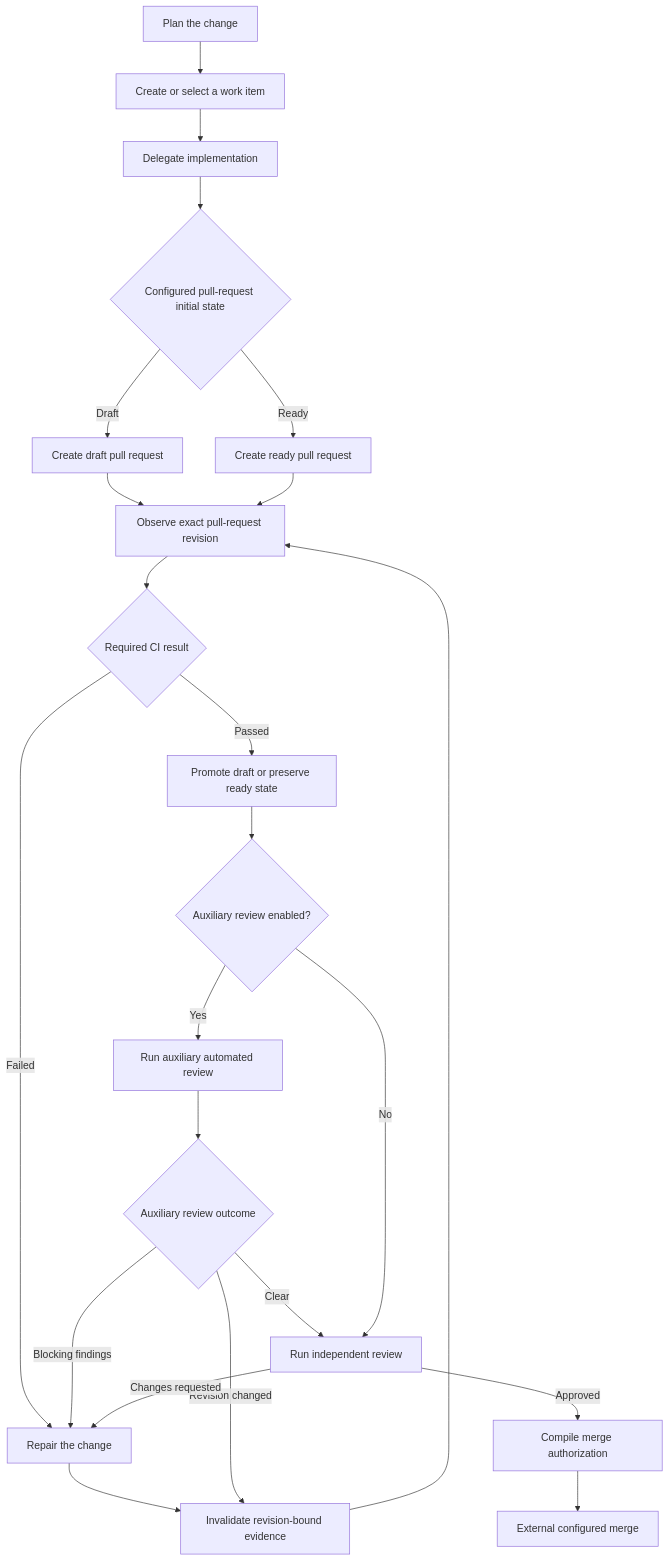
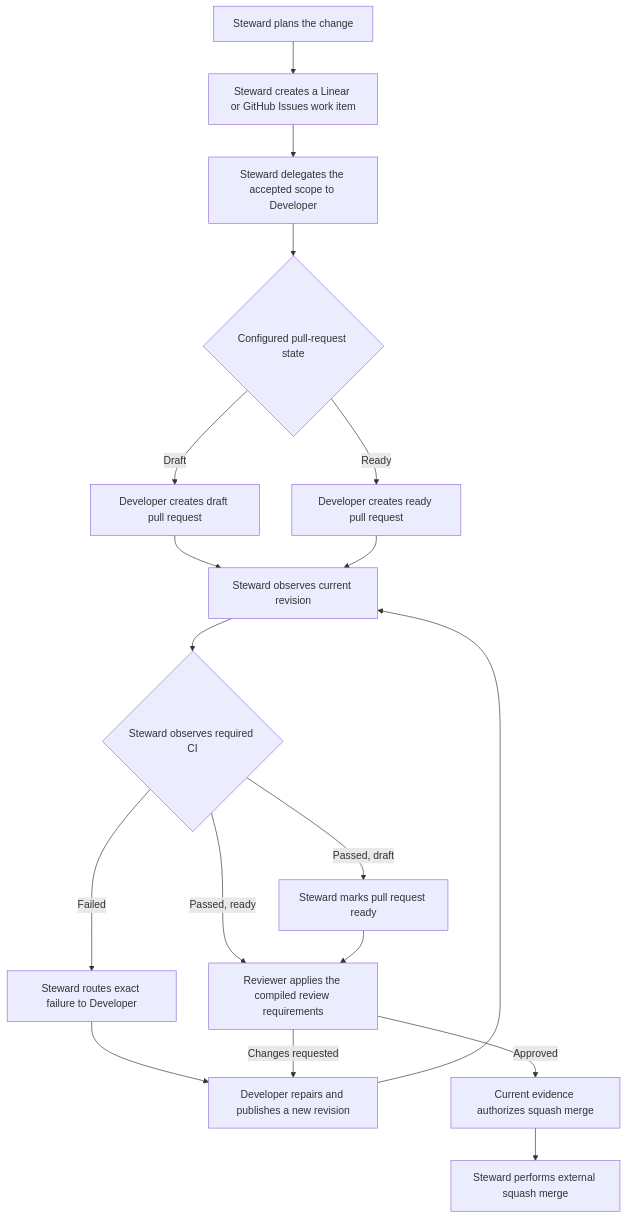
Before and after one commit to lorekkusu/agentdevflow: the diagram in docs/development/issue-to-reviewed-pull-request.md, drawn with Mermaid. The commit also changed other lines of this file and 208 other files, not shown here.

````diff
--- a/docs/development/issue-to-reviewed-pull-request.md
+++ b/docs/development/issue-to-reviewed-pull-request.md
@@ -21,25 +31,20 @@
 ```mermaid
 flowchart TD
-    Plan["Plan the change"] --> WorkItem["Create or select a work item"]
-    WorkItem --> Delegate["Delegate implementation"]
-    Delegate --> InitialState{"Configured pull-request initial state"}
-    InitialState -->|Draft| DraftPr["Create draft pull request"]
-    InitialState -->|Ready| ReadyPr["Create ready pull request"]
-    DraftPr --> Observe["Observe exact pull-request revision"]
-    ReadyPr --> Observe
-    Observe --> Ci{"Required CI result"}
-    Ci -->|Failed| Repair["Repair the change"]
-    Repair --> Invalidate["Invalidate revision-bound evidence"]
-    Invalidate --> Observe
-    Ci -->|Passed| EnsureReady["Promote draft or preserve ready state"]
-    EnsureReady --> Auxiliary{"Auxiliary review enabled?"}
-    Auxiliary -->|Yes| RunAuxiliary["Run auxiliary automated review"]
-    RunAuxiliary --> AuxOutcome{"Auxiliary review outcome"}
-    AuxOutcome -->|Revision changed| Invalidate
-    AuxOutcome -->|Blocking findings| Repair
-    AuxOutcome -->|Clear| Independent["Run independent review"]
-    Auxiliary -->|No| Independent
-    Independent -->|Changes requested| Repair
-    Independent -->|Approved| Authorize["Compile merge authorization"]
-    Authorize --> Merge["External configured merge"]
+    Plan["Steward plans the change"] --> Issue["Steward creates a Linear or GitHub Issues work item"]
+    Issue --> Delegate["Steward delegates the accepted scope to Developer"]
+    Delegate --> Initial{"Configured pull-request state"}
+    Initial -->|Draft| Draft["Developer creates draft pull request"]
+    Initial -->|Ready| Ready["Developer creates ready pull request"]
+    Draft --> Observe["Steward observes current revision"]
+    Ready --> Observe
+    Observe --> CI{"Steward observes required CI"}
+    CI -->|Failed| Route["Steward routes exact failure to Developer"]
+    Route --> Repair["Developer repairs and publishes a new revision"]
+    Repair --> Observe
+    CI -->|Passed, draft| MarkReady["Steward marks pull request ready"]
+    CI -->|Passed, ready| Review["Reviewer applies the compiled review requirements"]
+    MarkReady --> Review
+    Review -->|Changes requested| Repair
+    Review -->|Approved| Authorize["Current evidence authorizes squash merge"]
+    Authorize --> Merge["Steward performs external squash merge"]
 ```
````
